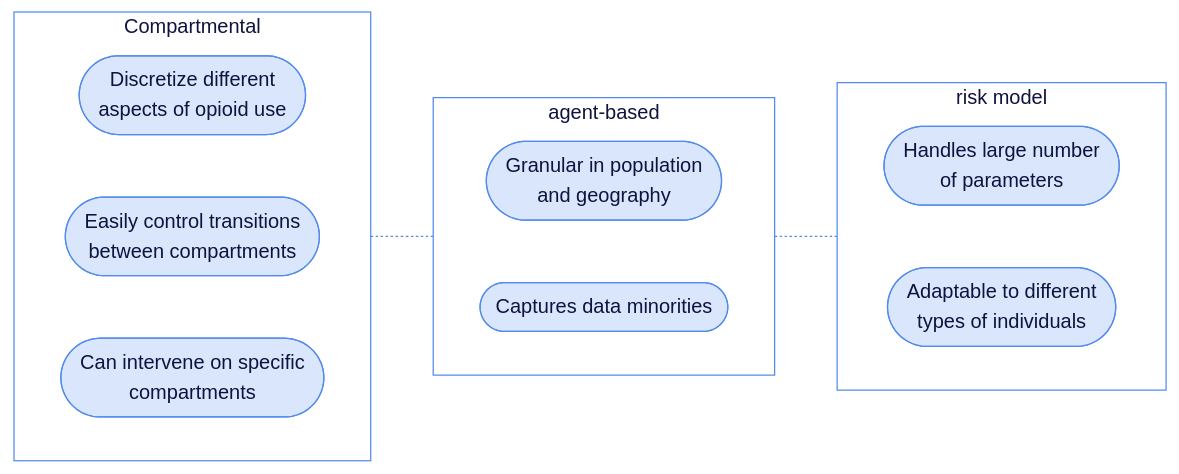
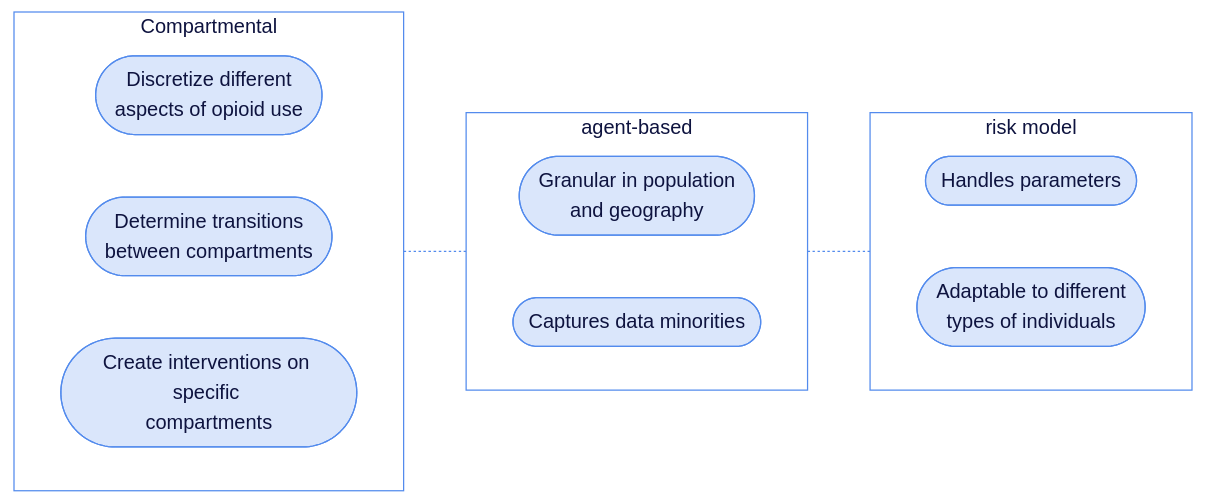
Before and after one commit to NoahBolohan/CAHSPR_2024_Poster: the first of 2 diagrams in poster_template.qmd, drawn with Mermaid. The commit also changed other lines of this file and 1 other file, not shown here.

````diff
--- a/poster_template.qmd
+++ b/poster_template.qmd
@@ -45,42 +45,42 @@
 ```{mermaid}
 %%| fig-width: 12
 %%| fig-align: center
 %%{
   init: {
     'theme': 'base',
     'themeVariables': {
       'primaryColor': '#dae6fb',
       'primaryTextColor': '#0e133f',
       'primaryBorderColor': '#538bed',
       'clusterBorder': '#538bed',
       'titleColor': '#0e133f',
       'lineColor': '#538bed',
       'secondaryColor': '#243850',
       'tertiaryColor': '#fff'
     }
   }
 }%%
 flowchart RL
     
     subgraph A1["Compartmental"]
     direction LR
         B1([Discretize different \n aspects of opioid use])
-        C1([Easily control transitions \n between compartments])
-        D1([Can intervene on specific \ncompartments])
+        C1([Determine transitions \n between compartments])
+        D1([Create interventions on specific \ncompartments])
     end
     
     subgraph A2["agent-based"]
     direction LR
         B2([Granular in population \n and geography])
         C2([Captures data minorities])
     end
 
     subgraph A3["risk model"]
         direction LR
-        B3([Handles large number \n of parameters])
+        B3([Handles parameters])
         C3([Adaptable to different \n types of individuals])
     end
 
     A3 -.- A2
     A2 -.- A1
 ```
````
